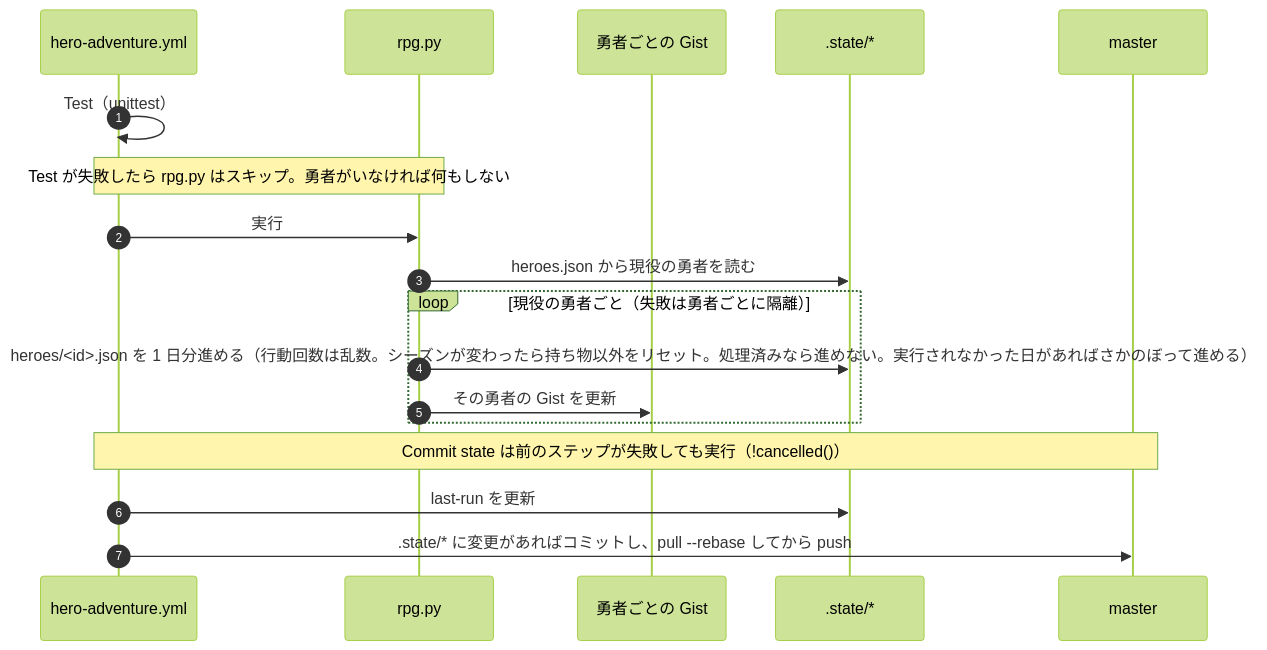
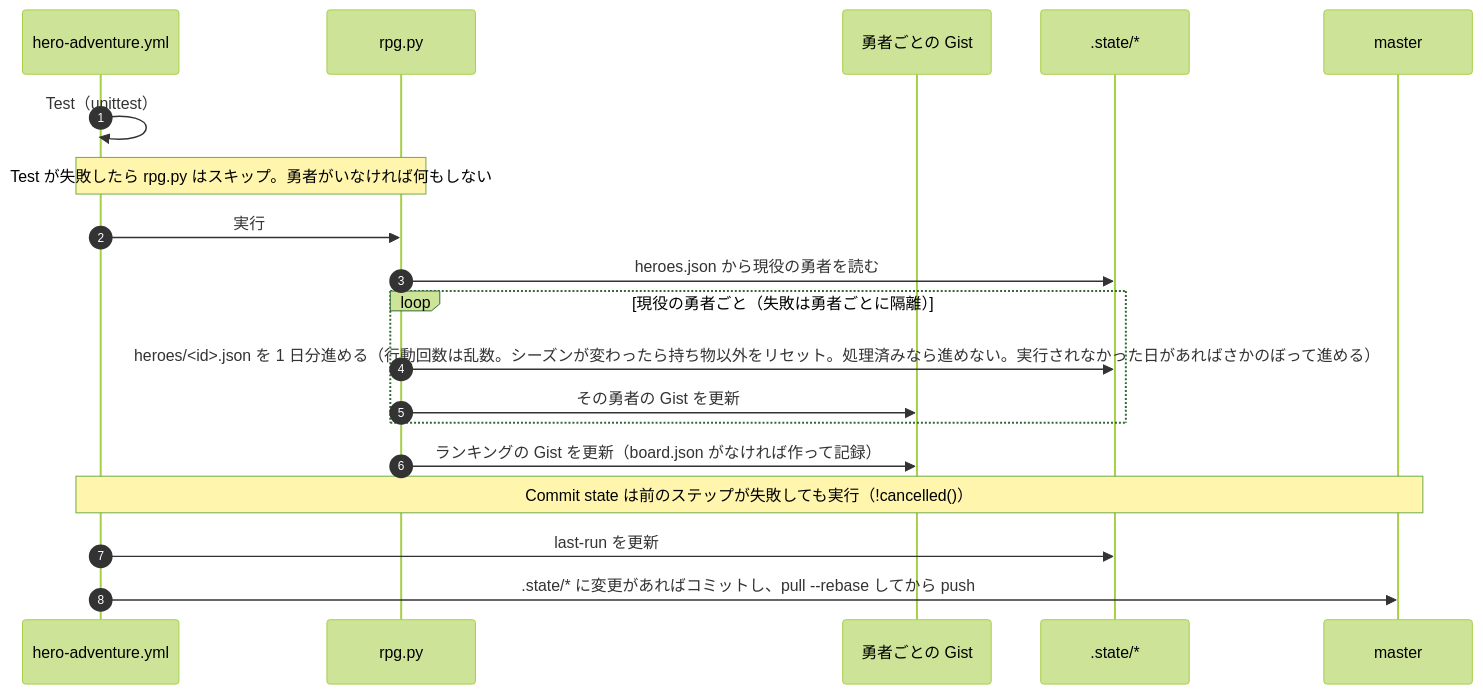
One commit to ot-nemoto/cryepis changed the second of 3 diagrams in docs/DATA_FLOW.md. Above: the diagram before and after it, drawn with Mermaid (forest theme). The commit also changed other lines of this file and 10 other files, not shown here.

````diff
--- a/docs/DATA_FLOW.md
+++ b/docs/DATA_FLOW.md
@@ -64,21 +70,22 @@
 ```mermaid
 sequenceDiagram
     autonumber
     participant WF as hero-adventure.yml
     participant RP as rpg.py
     participant G as 勇者ごとの Gist
     participant S as .state/*
     participant M as master
 
     WF->>WF: Test（unittest）
     Note over WF,RP: Test が失敗したら rpg.py はスキップ。勇者がいなければ何もしない
     WF->>RP: 実行
     RP->>S: heroes.json から現役の勇者を読む
     loop 現役の勇者ごと（失敗は勇者ごとに隔離）
         RP->>S: heroes/<id>.json を 1 日分進める（行動回数は乱数。シーズンが変わったら持ち物以外をリセット。処理済みなら進めない。実行されなかった日があればさかのぼって進める）
         RP->>G: その勇者の Gist を更新
     end
+    RP->>G: ランキングの Gist を更新（board.json がなければ作って記録）
     Note over WF,M: Commit state は前のステップが失敗しても実行（!cancelled()）
     WF->>S: last-run を更新
     WF->>M: .state/* に変更があればコミットし、pull --rebase してから push
 ```
````
